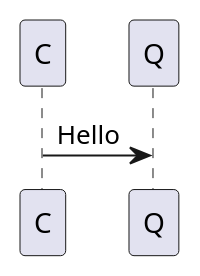
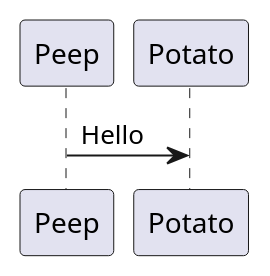
Before and after one commit to agirorn/metalsmith-plantuml: the second of 2 diagrams in spec/fixtures/plantuml/src/index.md, drawn with PlantUML. The commit also changed other lines of this file and 2 other files, not shown here.

Commit message:
Inline as SVG image not a base64 encoded string image

````diff
--- a/spec/fixtures/plantuml/src/index.md
+++ b/spec/fixtures/plantuml/src/index.md
@@ -9,5 +9,5 @@
 ```plantuml
 @startuml
-C -> Q: Hello
+Peep -> Potato: Hello
 @enduml
 ```
````
